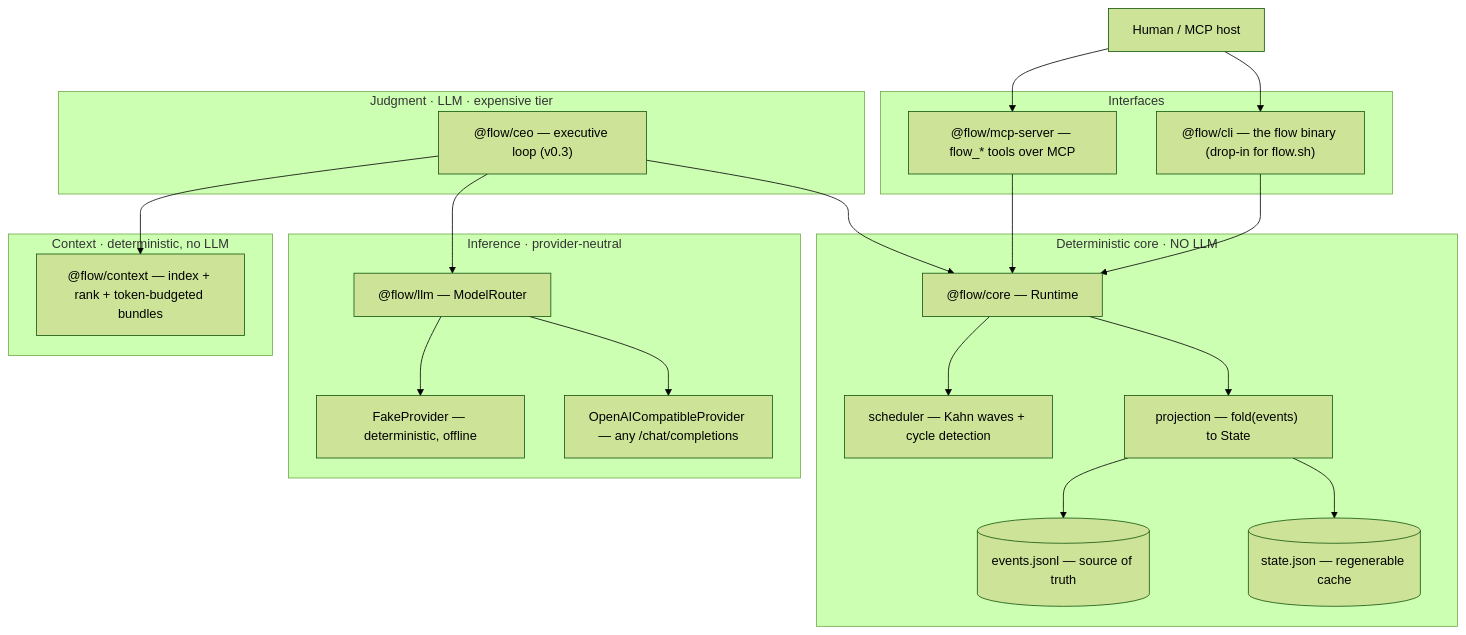
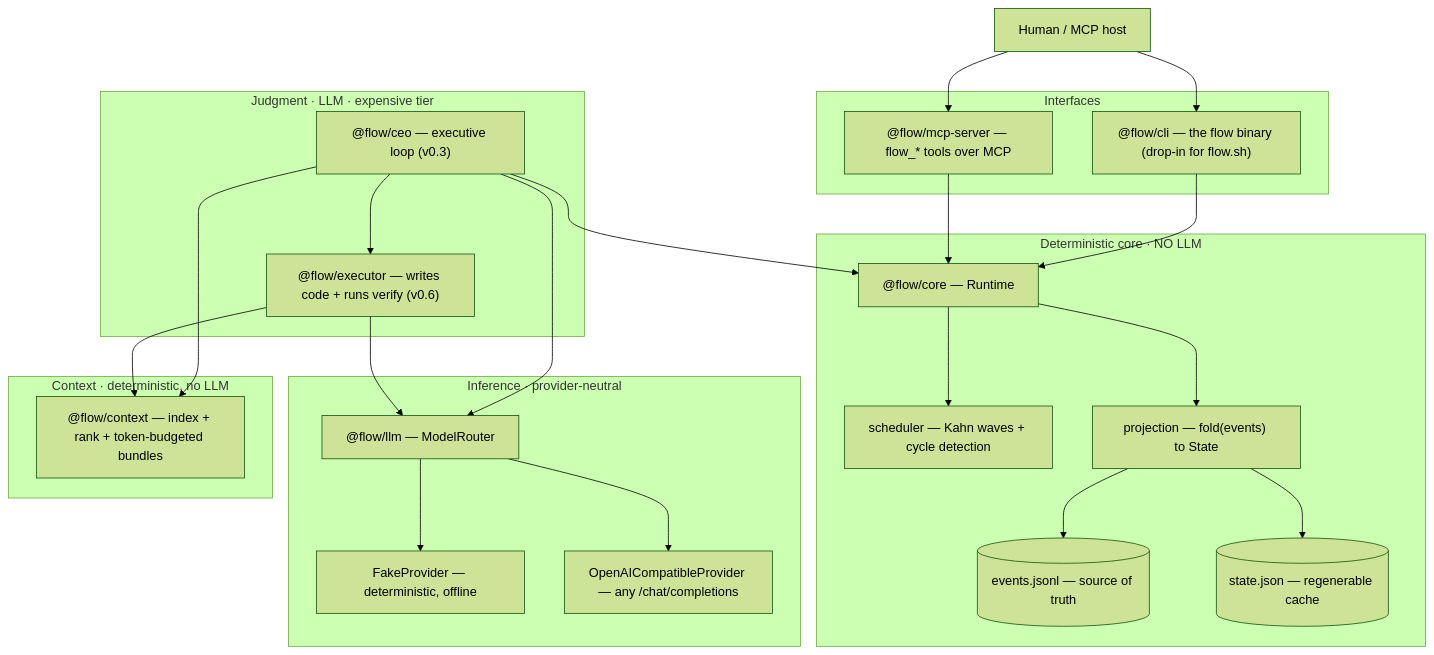
One commit to l3vram/flow-harness changed the first of 4 diagrams in ARCHITECTURE.md. Above: the diagram before and after it, drawn with Mermaid (forest theme). The commit also changed other lines of this file, not shown here.

First line of the commit message:
docs: mark v0.6 (@flow/executor) done in the conceptual map

````diff
--- a/ARCHITECTURE.md
+++ b/ARCHITECTURE.md
@@ -17,45 +17,49 @@
 ```mermaid
 flowchart TB
   Human["Human / MCP host"]
 
   subgraph Interfaces["Interfaces"]
     CLI["@flow/cli — the flow binary (drop-in for flow.sh)"]
     MCP["@flow/mcp-server — flow_* tools over MCP"]
   end
 
   subgraph Brain["Judgment · LLM · expensive tier"]
     CEO["@flow/ceo — executive loop (v0.3)"]
+    EXEC["@flow/executor — writes code + runs verify (v0.6)"]
   end
 
   subgraph Deterministic["Deterministic core · NO LLM"]
     CORE["@flow/core — Runtime"]
     SCHED["scheduler — Kahn waves + cycle detection"]
     PROJ["projection — fold(events) to State"]
     LOG[("events.jsonl — source of truth")]
     STATE[("state.json — regenerable cache")]
   end
 
   subgraph Inference["Inference · provider-neutral"]
     LLM["@flow/llm — ModelRouter"]
     FAKE["FakeProvider — deterministic, offline"]
     OAI["OpenAICompatibleProvider — any /chat/completions"]
   end
 
   subgraph Context["Context · deterministic, no LLM"]
     CTX["@flow/context — index + rank + token-budgeted bundles"]
   end
 
   Human --> CLI
   Human --> MCP
   CLI --> CORE
   MCP --> CORE
   CEO --> CORE
   CEO --> LLM
   CEO --> CTX
+  CEO --> EXEC
+  EXEC --> LLM
+  EXEC --> CTX
   LLM --> FAKE
   LLM --> OAI
   CORE --> SCHED
   CORE --> PROJ
   PROJ --> LOG
   PROJ --> STATE
 ```
````
